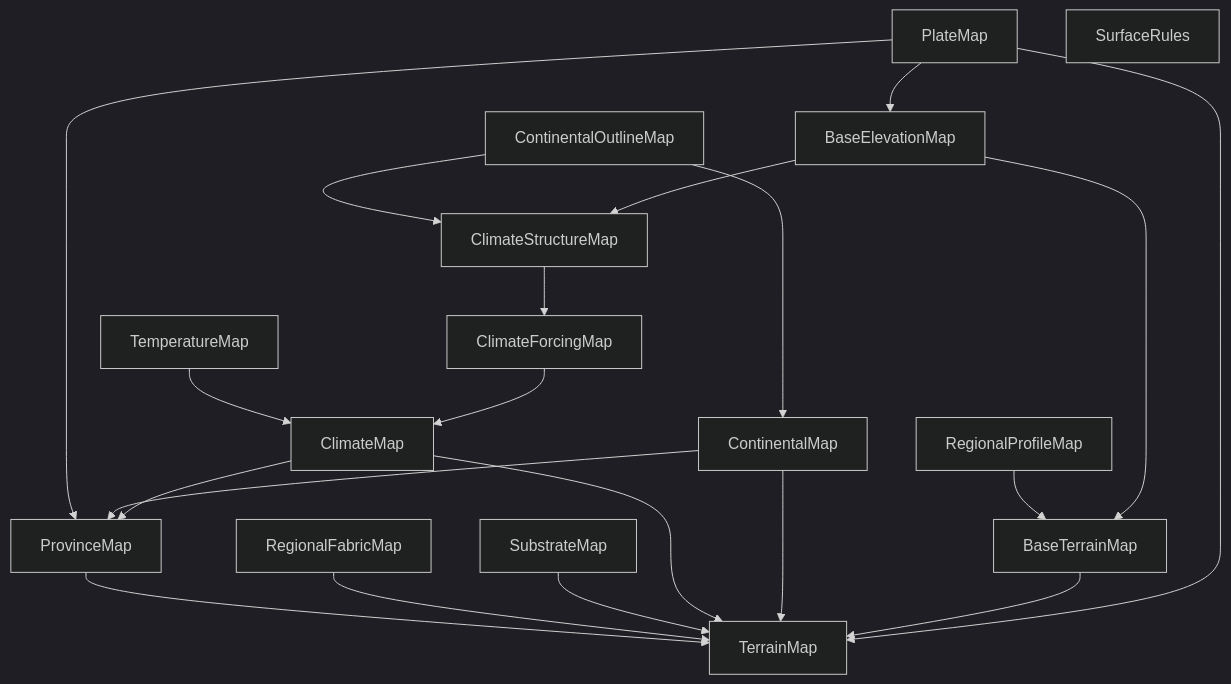
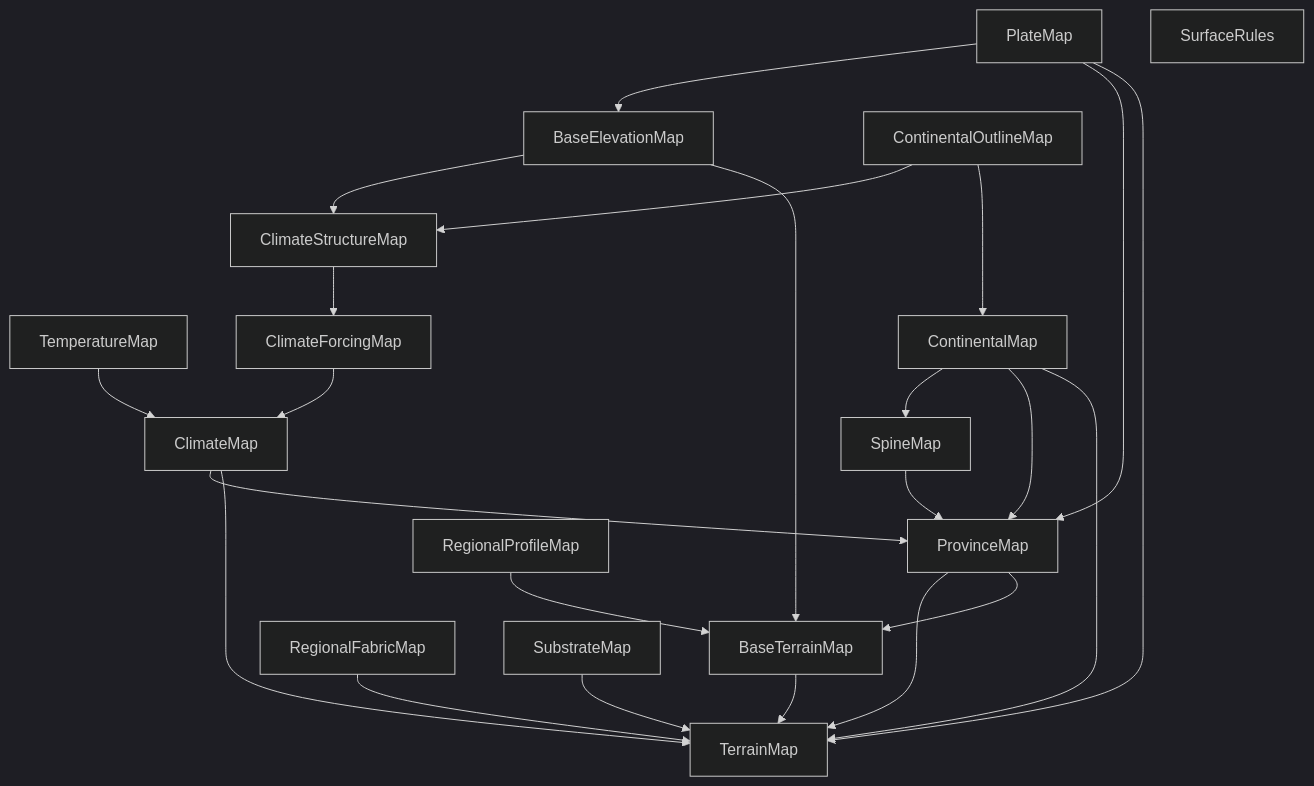
One commit to orthrus-research/Riven changed the first of 2 diagrams in docs/ARCHITECTURE.md. Above: the diagram before and after it, drawn with Mermaid (dark theme). The commit also changed 17 other files, not shown here.

````diff
--- a/docs/ARCHITECTURE.md
+++ b/docs/ARCHITECTURE.md
@@ -81,23 +81,26 @@
 ```mermaid
 flowchart TD
   T[TemperatureMap] --> C[ClimateMap]
   P[PlateMap] --> BE[BaseElevationMap]
   O[ContinentalOutlineMap] --> CS[ClimateStructureMap]
   BE --> CS
   CS --> CF[ClimateForcingMap]
   CF --> C
   O --> CM[ContinentalMap]
   P --> PR[ProvinceMap]
+  CM --> SP[SpineMap]
+  SP --> PR
   CM --> PR
   C --> PR
   PR --> TM
+  PR --> BT
   RP[RegionalProfileMap] --> BT[BaseTerrainMap]
   BE --> BT
   F[RegionalFabricMap] --> TM[TerrainMap]
   S[SubstrateMap] --> TM
   C --> TM
   CM --> TM
   BT --> TM
   P --> TM
   SR[SurfaceRules]
 ```
````
